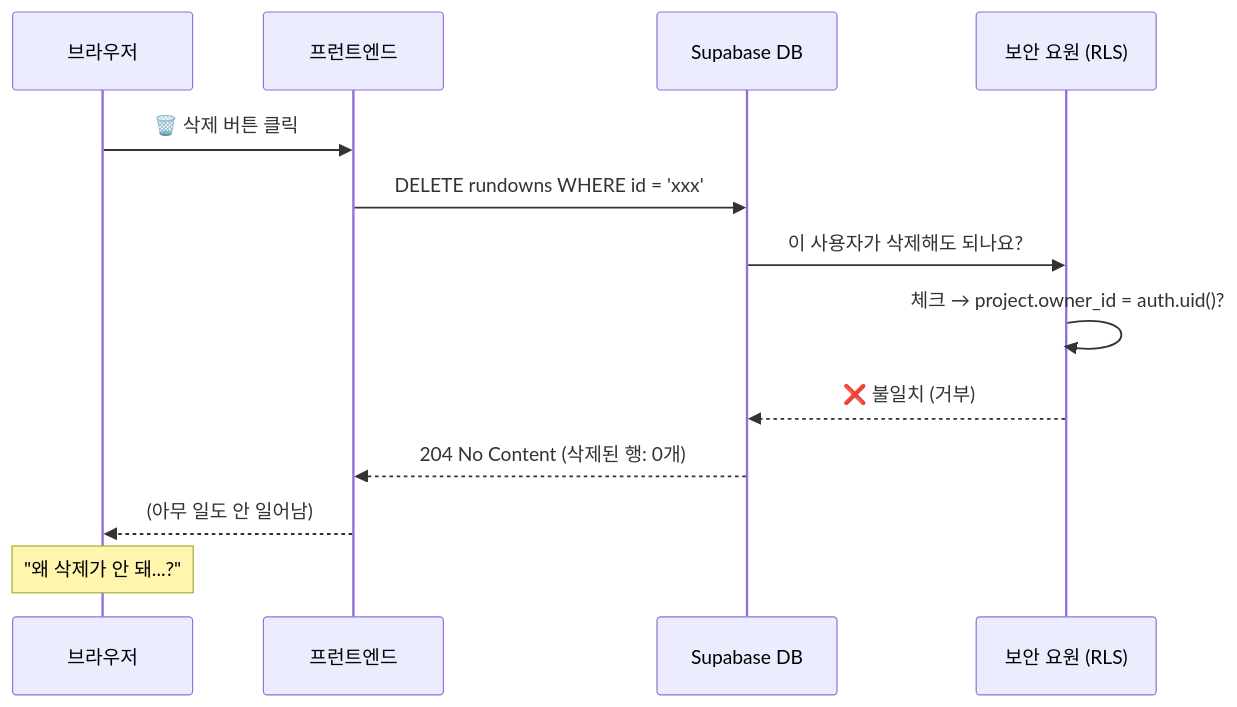
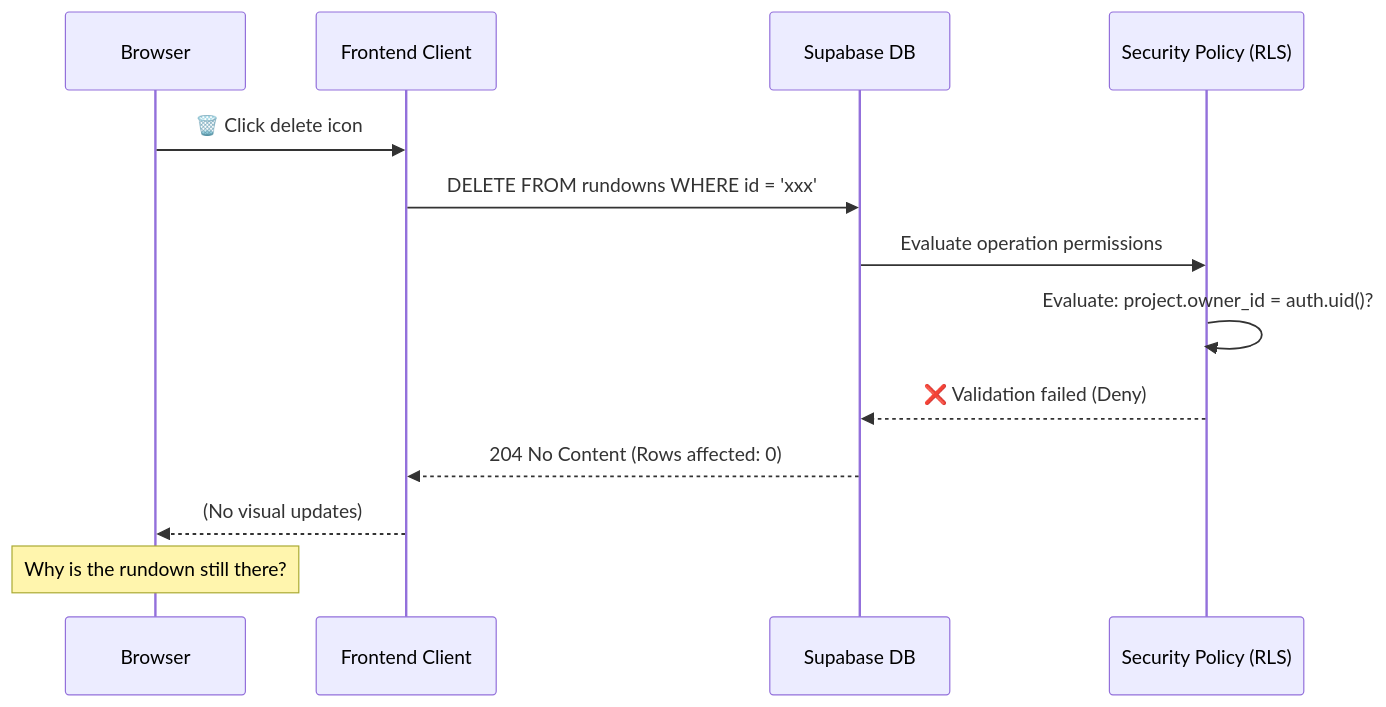
Before and after one commit to gkisanet/webcg-k: the second of 2 diagrams in webcg-k/docs/guide/TROUBLESHOOTING.md, drawn with Mermaid. The commit also changed other lines of this file and 39 other files, not shown here.

````diff
--- a/webcg-k/docs/guide/TROUBLESHOOTING.md
+++ b/webcg-k/docs/guide/TROUBLESHOOTING.md
@@ -310,16 +301,16 @@
 ```mermaid
 sequenceDiagram
-    participant 유저 as 브라우저
-    participant 앱 as 프런트엔드
+    participant User as Browser
+    participant App as Frontend Client
     participant DB as Supabase DB
-    participant RLS as 보안 요원 (RLS)
+    participant RLS as Security Policy (RLS)
 
-    유저->>앱: 🗑️ 삭제 버튼 클릭
-    앱->>DB: DELETE rundowns WHERE id = 'xxx'
-    DB->>RLS: 이 사용자가 삭제해도 되나요?
-    RLS->>RLS: 체크 → project.owner_id = auth.uid()?
-    RLS-->>DB: ❌ 불일치 (거부)
-    DB-->>앱: 204 No Content (삭제된 행: 0개)
-    앱-->>유저: (아무 일도 안 일어남)
-    Note over 유저: "왜 삭제가 안 돼...?"
+    User->>App: 🗑️ Click delete icon
+    App->>DB: DELETE FROM rundowns WHERE id = 'xxx'
+    DB->>RLS: Evaluate operation permissions
+    RLS->>RLS: Evaluate: project.owner_id = auth.uid()?
+    RLS-->>DB: ❌ Validation failed (Deny)
+    DB-->>App: 204 No Content (Rows affected: 0)
+    App-->>User: (No visual updates)
+    Note over User: Why is the rundown still there?
 ```
````
